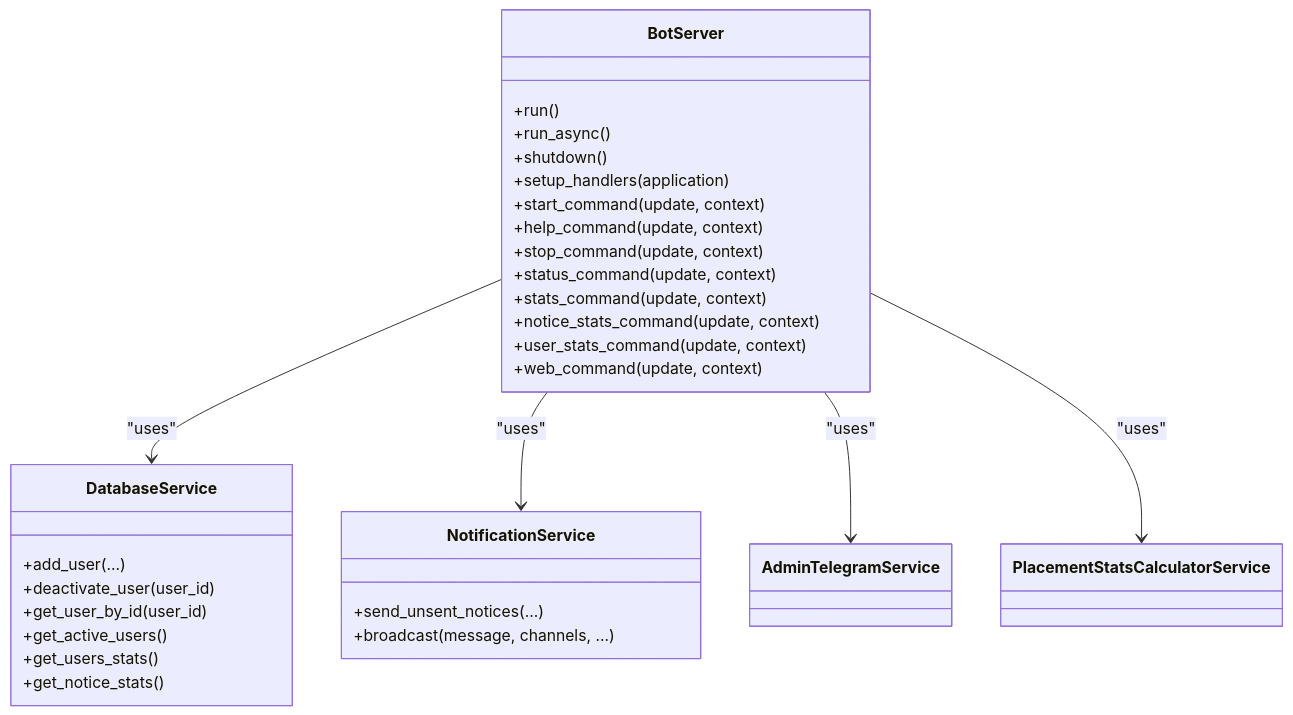
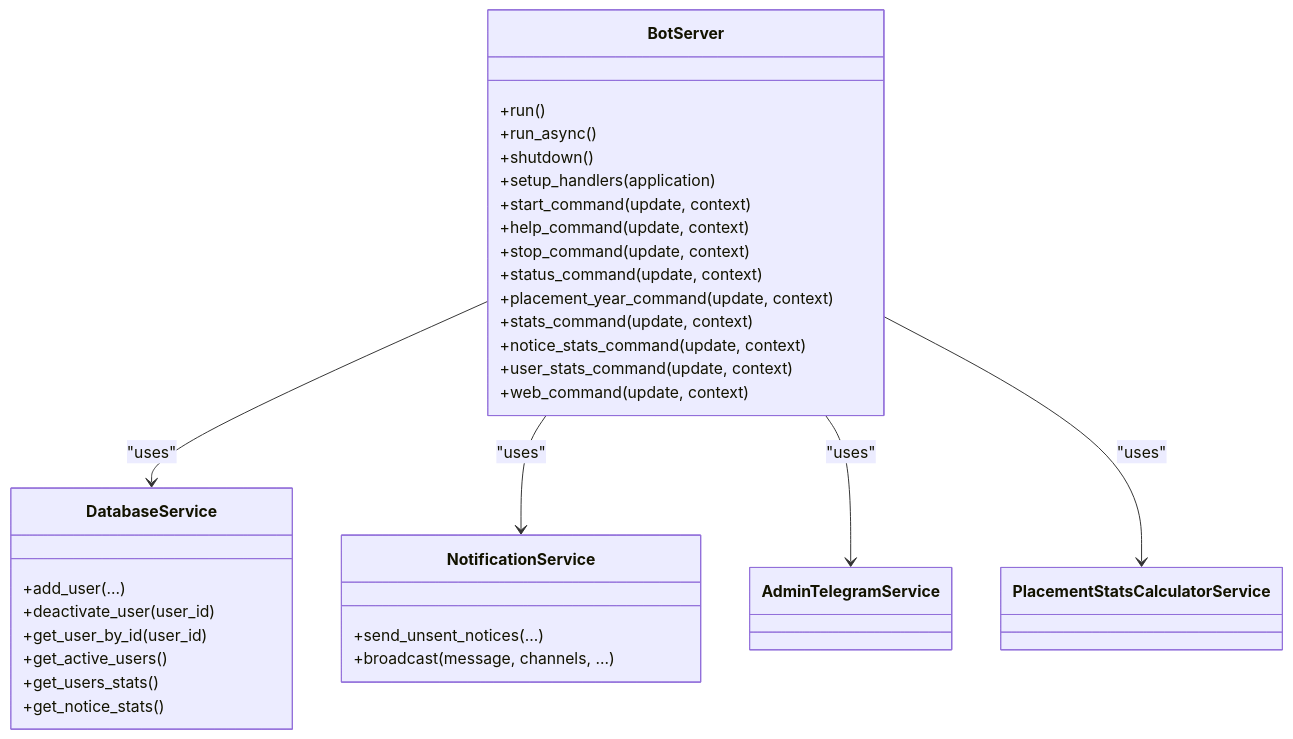
One commit to tashifkhan/tashif.codes changed the third of 7 diagrams in src/data/docs/jiit-placement-alerts/Architecture & Design/API Architecture & Endpoints/Server Architecture.md. Above: the diagram before and after it, drawn with Mermaid. The commit also changed other lines of this file and 2128 other files, not shown here.

First line of the commit message:
docs: replace raster diagram images with native Mermaid across project guides

````diff
--- a/src/data/docs/jiit-placement-alerts/Architecture & Design/API Architecture & Endpoints/Server Architecture.md
+++ b/src/data/docs/jiit-placement-alerts/Architecture & Design/API Architecture & Endpoints/Server Architecture.md
@@ -115,35 +110,36 @@
 ```mermaid
 classDiagram
 class BotServer {
 +run()
 +run_async()
 +shutdown()
 +setup_handlers(application)
 +start_command(update, context)
 +help_command(update, context)
 +stop_command(update, context)
 +status_command(update, context)
++placement_year_command(update, context)
 +stats_command(update, context)
 +notice_stats_command(update, context)
 +user_stats_command(update, context)
 +web_command(update, context)
 }
 class DatabaseService {
 +add_user(...)
 +deactivate_user(user_id)
 +get_user_by_id(user_id)
 +get_active_users()
 +get_users_stats()
 +get_notice_stats()
 }
 class NotificationService {
 +send_unsent_notices(...)
 +broadcast(message, channels, ...)
 }
 class AdminTelegramService
 class PlacementStatsCalculatorService
 BotServer --> DatabaseService : "uses"
 BotServer --> NotificationService : "uses"
 BotServer --> AdminTelegramService : "uses"
 BotServer --> PlacementStatsCalculatorService : "uses"
 ```
````
